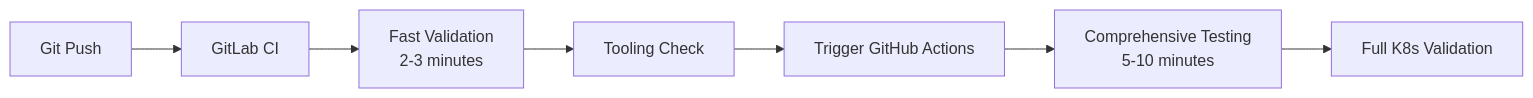
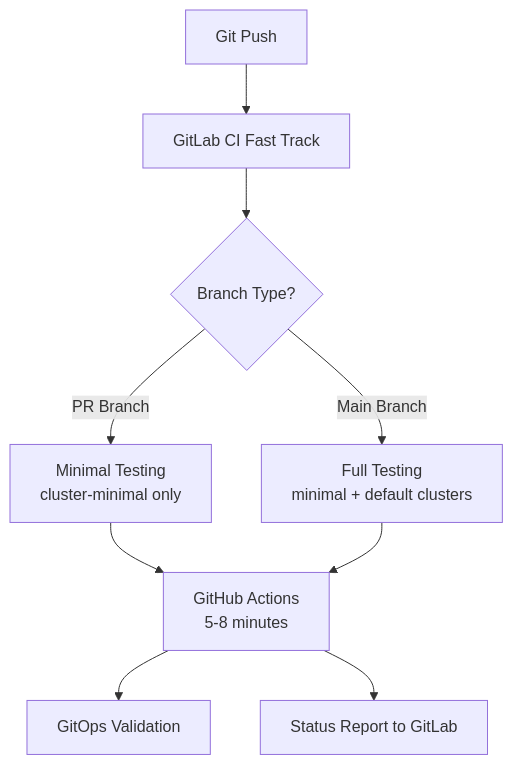
Before and after one commit to danielscholl-osdu/hostk8s: the diagram in docs/HYBRID-CI.md, drawn with Mermaid. The commit also changed other lines of this file and 2 other files, not shown here.

````diff
--- a/docs/HYBRID-CI.md
+++ b/docs/HYBRID-CI.md
@@ -7,9 +7,11 @@
 ```mermaid
-graph LR
-    A[Git Push] --> B[GitLab CI]
-    B --> C[Fast Validation<br/>2-3 minutes]
-    C --> D[Tooling Check]
-    D --> E[Trigger GitHub Actions]
-    E --> F[Comprehensive Testing<br/>5-10 minutes]
-    F --> G[Full K8s Validation]
+graph TD
+    A[Git Push] --> B[GitLab CI Fast Track]
+    B --> C{Branch Type?}
+    C -->|PR Branch| D[Minimal Testing<br/>cluster-minimal only]
+    C -->|Main Branch| E[Full Testing<br/>minimal + default clusters]
+    D --> F[GitHub Actions<br/>5-8 minutes]
+    E --> F
+    F --> G[GitOps Validation]
+    F --> H[Status Report to GitLab]
 ```
````
